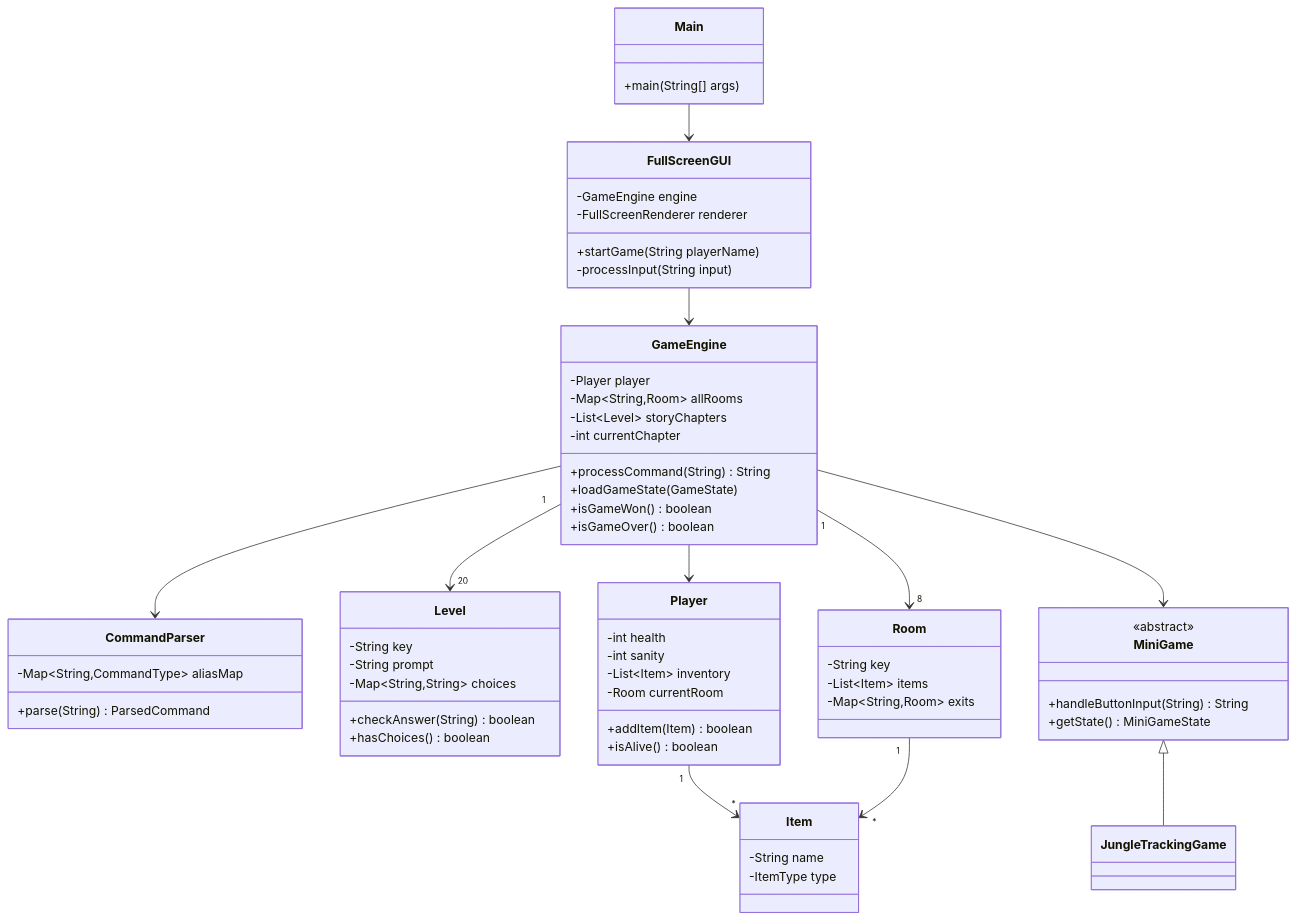
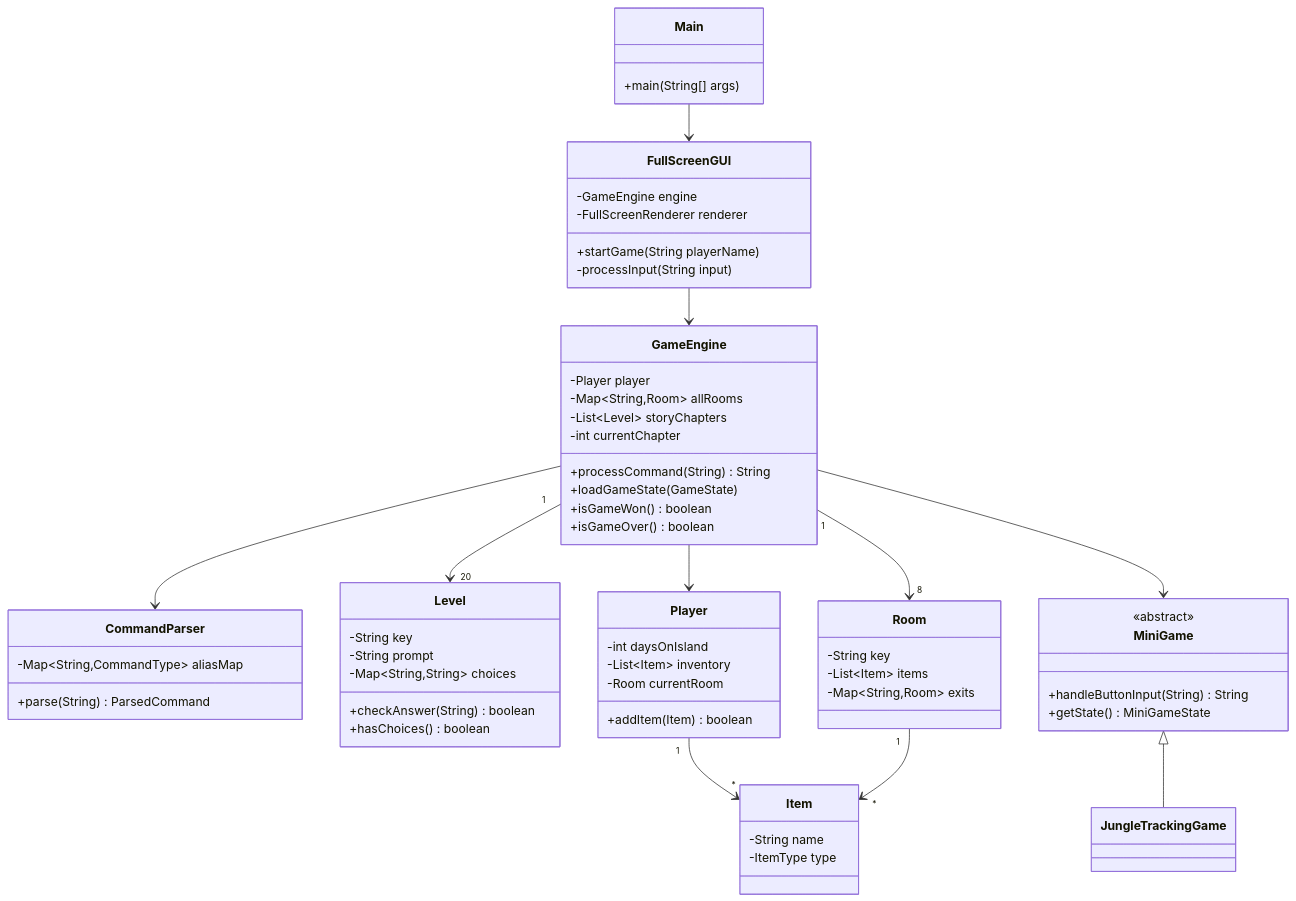
The first of 2 diagrams in docs/Documentazione.md (EliaSakellarides/Lost), drawn with Mermaid before and after one commit. The commit also changed other lines of this file and 76 other files, not shown here.

````diff
--- a/docs/Documentazione.md
+++ b/docs/Documentazione.md
@@ -122,67 +122,65 @@
 ```mermaid
 classDiagram
     class Main {
         +main(String[] args)
     }
     class FullScreenGUI {
         -GameEngine engine
         -FullScreenRenderer renderer
         +startGame(String playerName)
         -processInput(String input)
     }
     class GameEngine {
         -Player player
         -Map~String,Room~ allRooms
         -List~Level~ storyChapters
         -int currentChapter
         +processCommand(String) String
         +loadGameState(GameState)
         +isGameWon() boolean
         +isGameOver() boolean
     }
     class CommandParser {
         -Map~String,CommandType~ aliasMap
         +parse(String) ParsedCommand
     }
     class Level {
         -String key
         -String prompt
         -Map~String,String~ choices
         +checkAnswer(String) boolean
         +hasChoices() boolean
     }
     class Player {
-        -int health
-        -int sanity
+        -int daysOnIsland
         -List~Item~ inventory
         -Room currentRoom
         +addItem(Item) boolean
-        +isAlive() boolean
     }
     class Room {
         -String key
         -List~Item~ items
         -Map~String,Room~ exits
     }
     class Item {
         -String name
         -ItemType type
     }
     class MiniGame {
         <<abstract>>
         +handleButtonInput(String) String
         +getState() MiniGameState
     }
     class JungleTrackingGame
 
     Main --> FullScreenGUI
     FullScreenGUI --> GameEngine
     GameEngine --> CommandParser
     GameEngine "1" --> "20" Level
     GameEngine --> Player
     GameEngine "1" --> "8" Room
     GameEngine --> MiniGame
     Player "1" --> "*" Item
     Room "1" --> "*" Item
     MiniGame <|-- JungleTrackingGame
 ```
````
